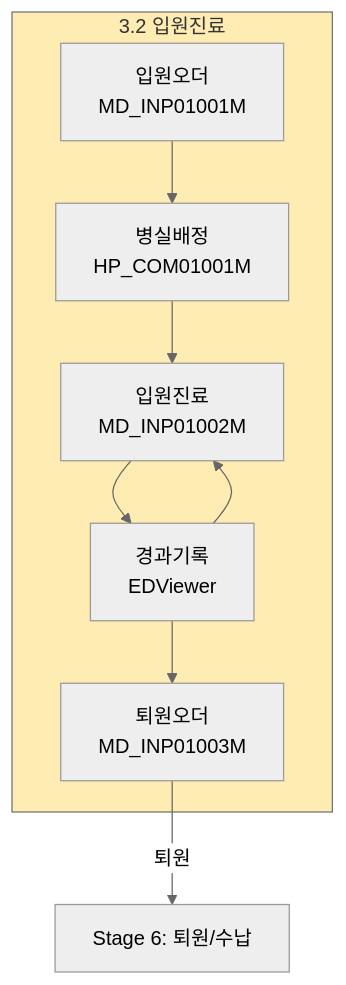
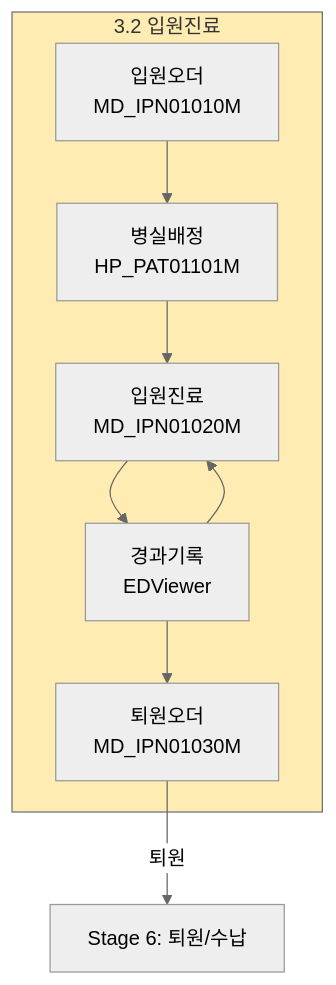
One commit to forsylph/nph changed the fifth of 10 diagrams in patient-journey-simulation.md. Above: the diagram before and after it, drawn with Mermaid (neutral theme). The commit also changed other lines of this file and 2 other files, not shown here.

````diff
--- a/patient-journey-simulation.md
+++ b/patient-journey-simulation.md
@@ -558,19 +560,19 @@
 ```mermaid
 flowchart TB
     subgraph Sub3_2["3.2 입원진료"]
-        IP1["입원오더<br/>MD_INP01001M"]
-        IP2["병실배정<br/>HP_COM01001M"]
-        IP3["입원진료<br/>MD_INP01002M"]
+        IP1["입원오더<br/>MD_IPN01010M"]
+        IP2["병실배정<br/>HP_PAT01101M"]
+        IP3["입원진료<br/>MD_IPN01020M"]
         IP4["경과기록<br/>EDViewer"]
-        IP5["퇴원오더<br/>MD_INP01003M"]
+        IP5["퇴원오더<br/>MD_IPN01030M"]
     end
 
     IP1 --> IP2
     IP2 --> IP3
     IP3 --> IP4
     IP4 --> IP3
     IP4 --> IP5
     IP5 -->|퇴원| DC["Stage 6: 퇴원/수납"]
 
     style Sub3_2 fill:#ffecb3
 ```
````
